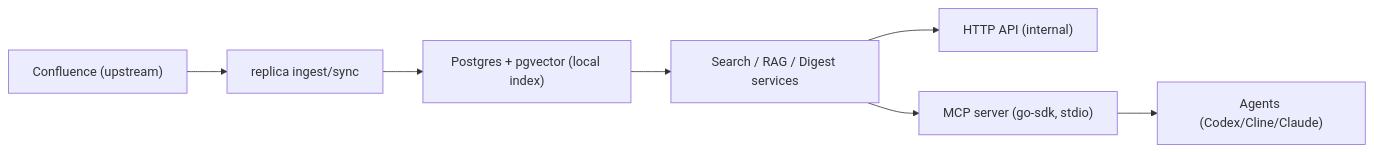
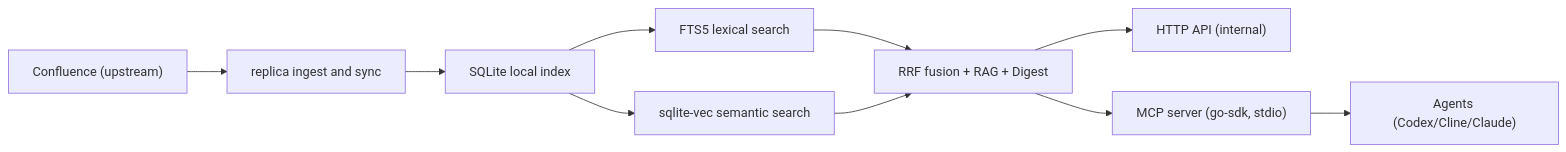
One commit to mbIkola/viki changed the diagram in docs/0003-confluence-replica-service-and-mcp.md. Above: the diagram before and after it, drawn with Mermaid. The commit also changed other lines of this file and 30 other files, not shown here.

Commit message:
refactor(confluence-replica): switch local runtime to sqlite

````diff
--- a/docs/0003-confluence-replica-service-and-mcp.md
+++ b/docs/0003-confluence-replica-service-and-mcp.md
@@ -25,9 +28,12 @@
 ```mermaid
 flowchart LR
-    A["Confluence (upstream)"] --> B["replica ingest/sync"]
-    B --> C["Postgres + pgvector (local index)"]
-    C --> D["Search / RAG / Digest services"]
-    D --> E["HTTP API (internal)"]
-    D --> F["MCP server (go-sdk, stdio)"]
-    F --> G["Agents (Codex/Cline/Claude)"]
+    A["Confluence (upstream)"] --> B["replica ingest and sync"]
+    B --> C["SQLite local index"]
+    C --> D["FTS5 lexical search"]
+    C --> E["sqlite-vec semantic search"]
+    D --> F["RRF fusion + RAG + Digest"]
+    E --> F
+    F --> G["HTTP API (internal)"]
+    F --> H["MCP server (go-sdk, stdio)"]
+    H --> I["Agents (Codex/Cline/Claude)"]
 ```
````
